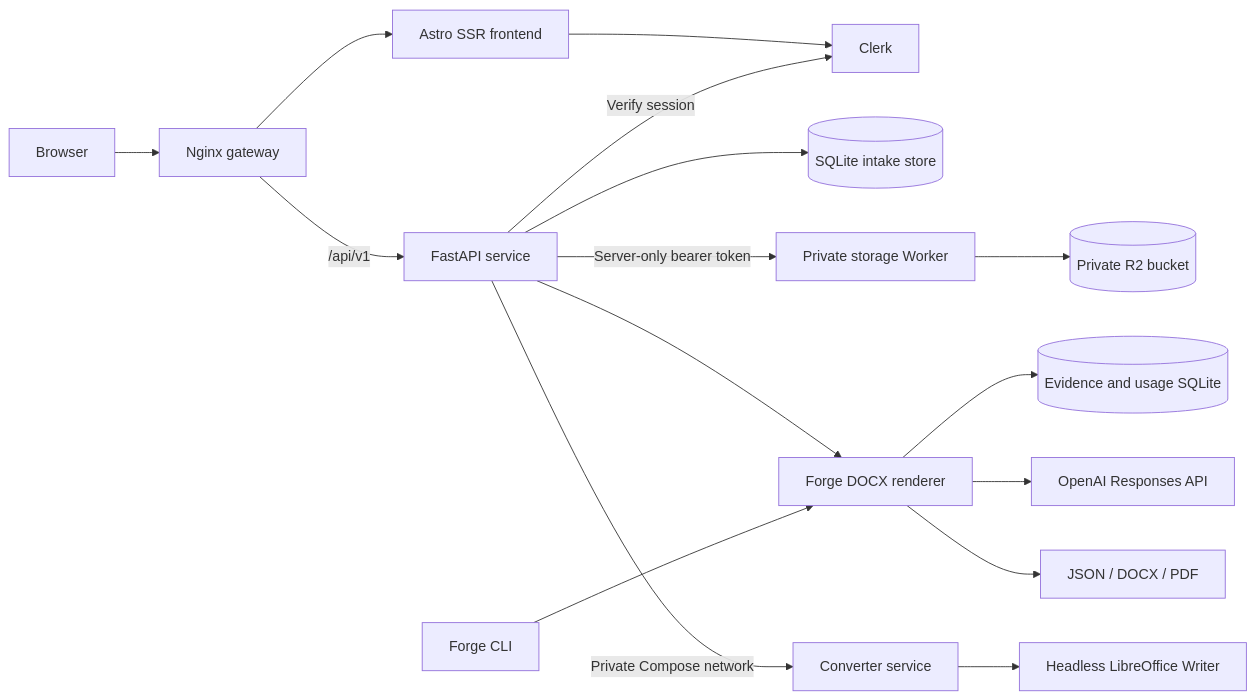
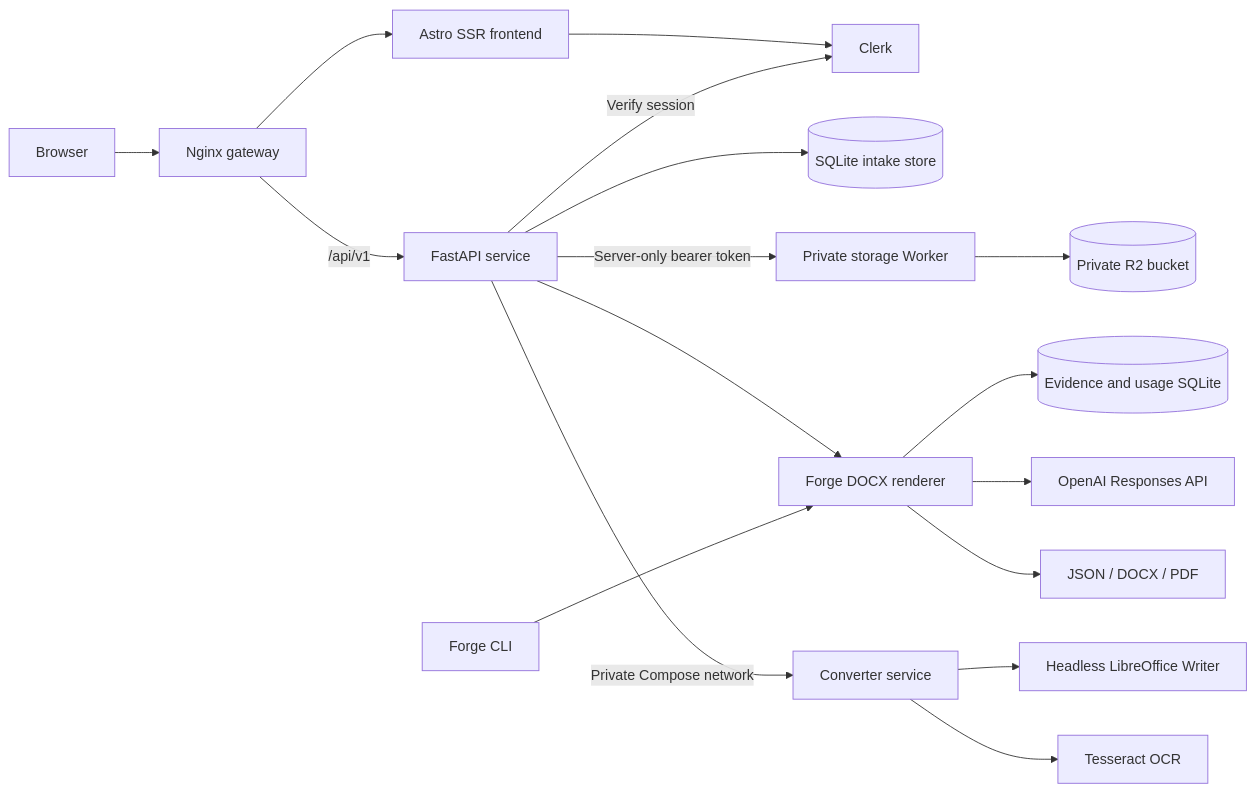
One commit to aminhaiqal/axelyn-forge changed the diagram in docs/architecture.md. Above: the diagram before and after it, drawn with Mermaid. The commit also changed other lines of this file and 21 other files, not shown here.

````diff
--- a/docs/architecture.md
+++ b/docs/architecture.md
@@ -5,19 +5,20 @@
 ```mermaid
 flowchart LR
     Browser[Browser] --> Proxy[Nginx gateway]
     Proxy --> Frontend[Astro SSR frontend]
     Proxy -->|/api/v1| API[FastAPI service]
     Frontend --> Clerk[Clerk]
     API -->|Verify session| Clerk
     API --> Intake[(SQLite intake store)]
     API -->|Server-only bearer token| StorageWorker[Private storage Worker]
     StorageWorker --> R2[(Private R2 bucket)]
     API --> Core[Forge DOCX renderer]
     API -->|Private Compose network| Converter[Converter service]
     Converter --> LibreOffice[Headless LibreOffice Writer]
+    Converter --> Tesseract[Tesseract OCR]
 
     CLI[Forge CLI] --> Core
     Core --> Evidence[(Evidence and usage SQLite)]
     Core --> Provider[OpenAI Responses API]
     Core --> Artifacts[JSON / DOCX / PDF]
 ```
````
